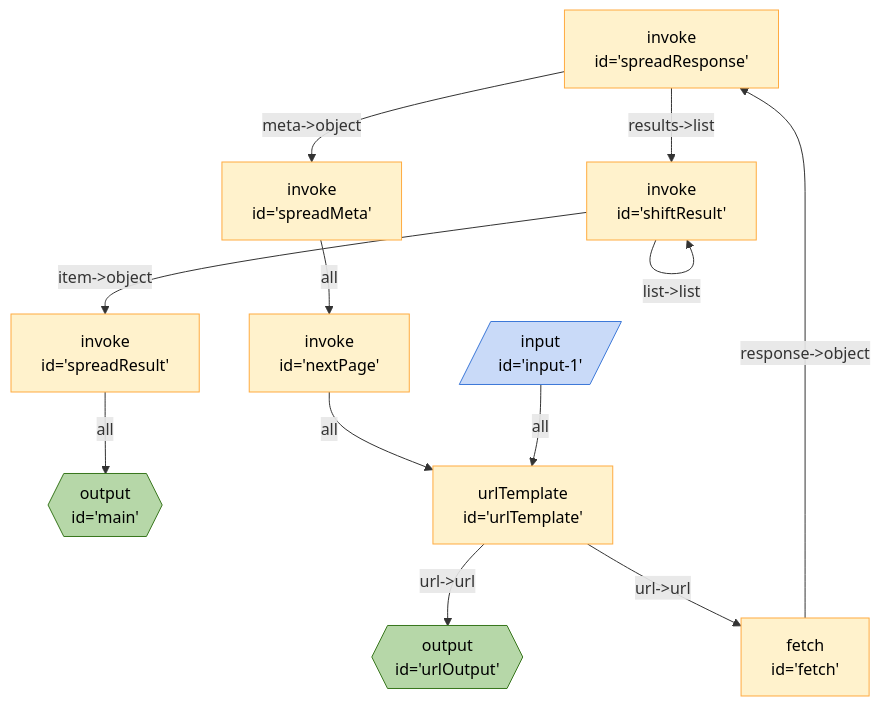
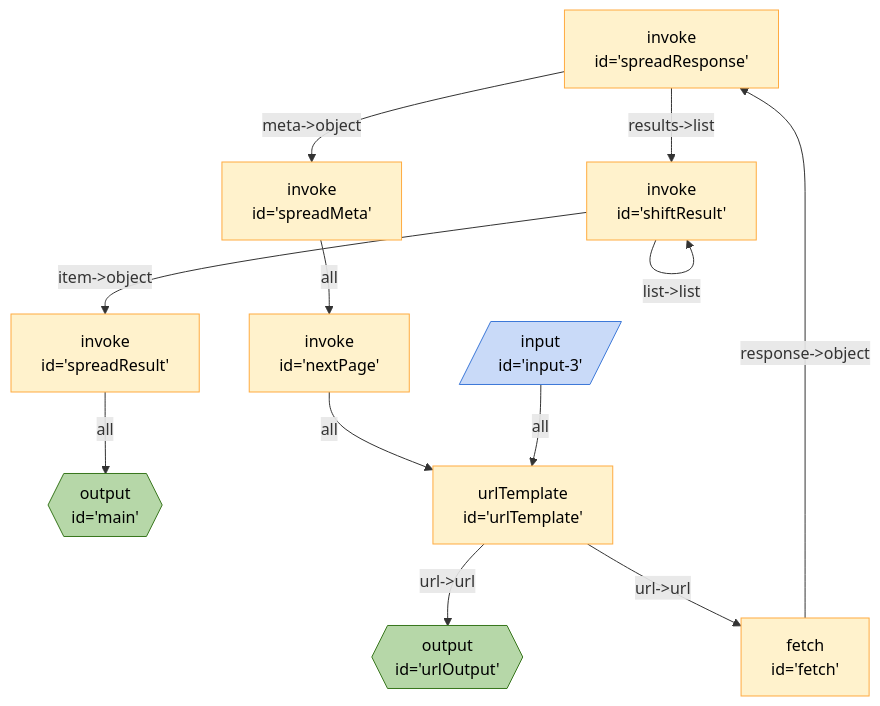
Before and after one commit to ExaDev/breadboard-examples: the diagram in src/examples/paging/README.md, drawn with Mermaid. The commit also changed other lines of this file and 2 other files, not shown here.

Commit message:
Add input schema for search parameters

````diff
--- a/src/examples/paging/README.md
+++ b/src/examples/paging/README.md
@@ -2,23 +2,23 @@
 ```mermaid
 %%{init: 'themeVariables': { 'fontFamily': 'Fira Code, monospace' }}%%
 graph TD;
 spreadResult["invoke <br> id='spreadResult'"] -- all --> main{{"output <br> id='main'"}}:::output
 shiftResult["invoke <br> id='shiftResult'"] -- "list->list" --> shiftResult["invoke <br> id='shiftResult'"]
 shiftResult["invoke <br> id='shiftResult'"] -- "item->object" --> spreadResult["invoke <br> id='spreadResult'"]
 spreadResponse["invoke <br> id='spreadResponse'"] -- "meta->object" --> spreadMeta["invoke <br> id='spreadMeta'"]
 spreadResponse["invoke <br> id='spreadResponse'"] -- "results->list" --> shiftResult["invoke <br> id='shiftResult'"]
 fetch["fetch <br> id='fetch'"] -- "response->object" --> spreadResponse["invoke <br> id='spreadResponse'"]
 spreadMeta["invoke <br> id='spreadMeta'"] -- all --> nextPage["invoke <br> id='nextPage'"]
 urlTemplate["urlTemplate <br> id='urlTemplate'"] -- "url->url" --> urlOutput{{"output <br> id='urlOutput'"}}:::output
 urlTemplate["urlTemplate <br> id='urlTemplate'"] -- "url->url" --> fetch["fetch <br> id='fetch'"]
 nextPage["invoke <br> id='nextPage'"] -- all --> urlTemplate["urlTemplate <br> id='urlTemplate'"]
-input1[/"input <br> id='input-1'"/]:::input -- all --> urlTemplate["urlTemplate <br> id='urlTemplate'"]
+input3[/"input <br> id='input-3'"/]:::input -- all --> urlTemplate["urlTemplate <br> id='urlTemplate'"]
 classDef default stroke:#ffab40,fill:#fff2ccff,color:#000
 classDef input stroke:#3c78d8,fill:#c9daf8ff,color:#000
 classDef output stroke:#38761d,fill:#b6d7a8ff,color:#000
 classDef passthrough stroke:#a64d79,fill:#ead1dcff,color:#000
 classDef slot stroke:#a64d79,fill:#ead1dcff,color:#000
 classDef config stroke:#a64d79,fill:#ead1dcff,color:#000
 classDef secrets stroke:#db4437,fill:#f4cccc,color:#000
 classDef slotted stroke:#a64d79
 ```
````
